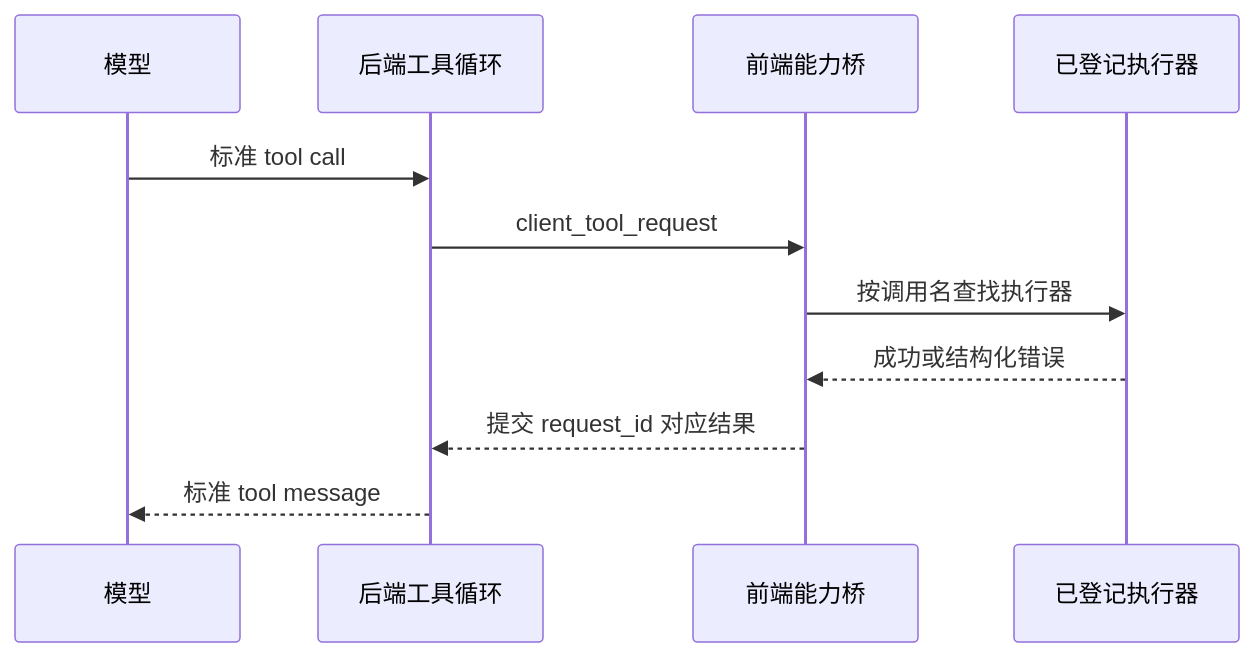
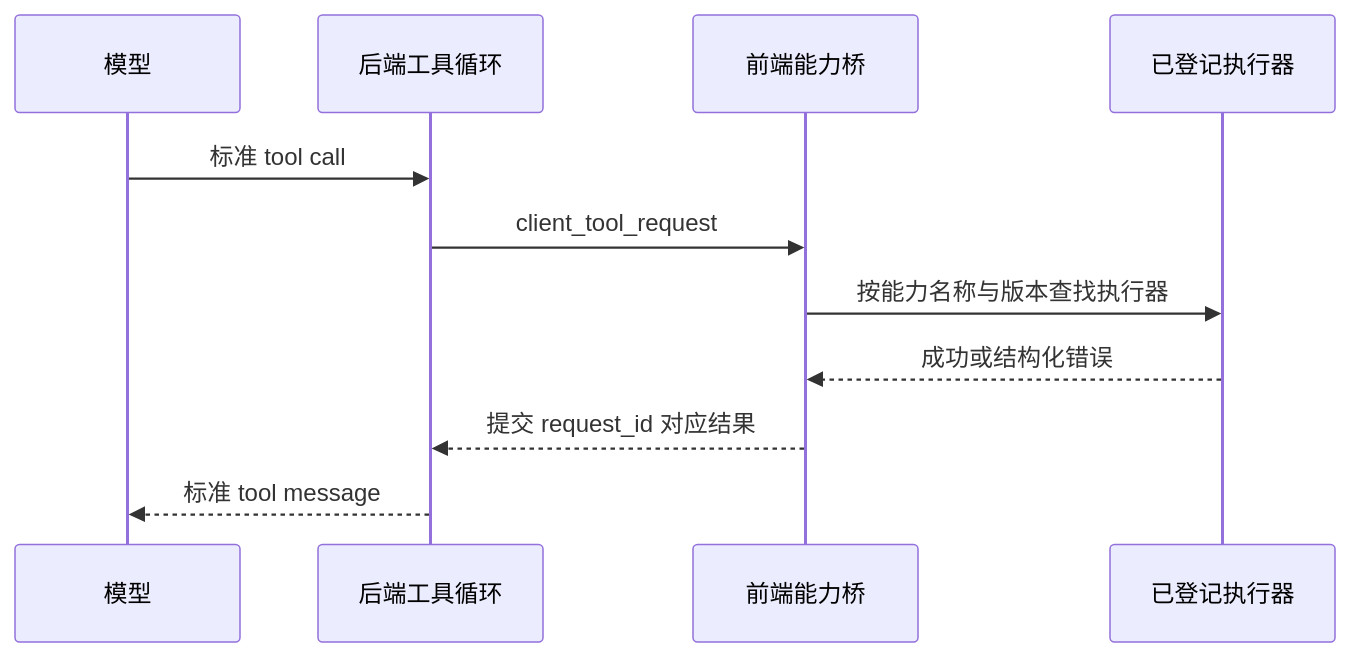
One commit to LikeMirage/Tiance changed the diagram in docs/09_前端能力桥与会话管理工具.md. Above: the diagram before and after it, drawn with Mermaid. The commit also changed other lines of this file and 312 other files, not shown here.

````diff
--- a/docs/09_前端能力桥与会话管理工具.md
+++ b/docs/09_前端能力桥与会话管理工具.md
@@ -11,13 +11,13 @@
 ```mermaid
 sequenceDiagram
     participant M as 模型
     participant B as 后端工具循环
     participant F as 前端能力桥
     participant U as 已登记执行器
     M->>B: 标准 tool call
     B->>F: client_tool_request
-    F->>U: 按调用名查找执行器
+    F->>U: 按能力名称与版本查找执行器
     U-->>F: 成功或结构化错误
     F-->>B: 提交 request_id 对应结果
     B-->>M: 标准 tool message
 ```
````
